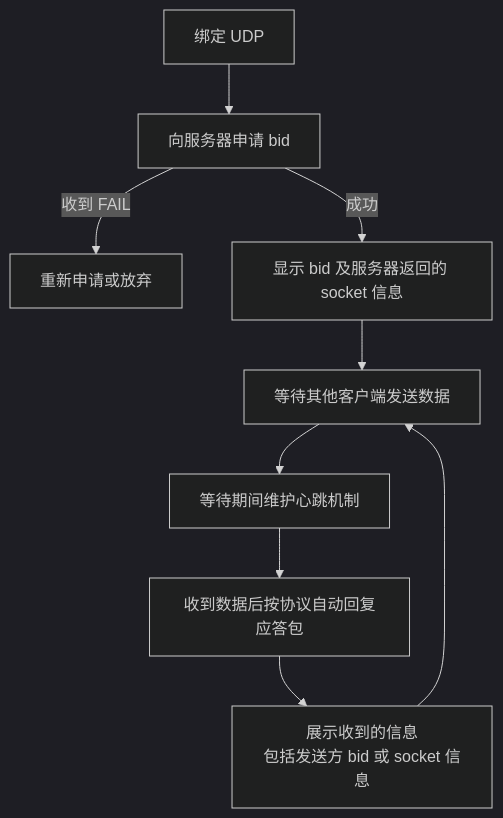
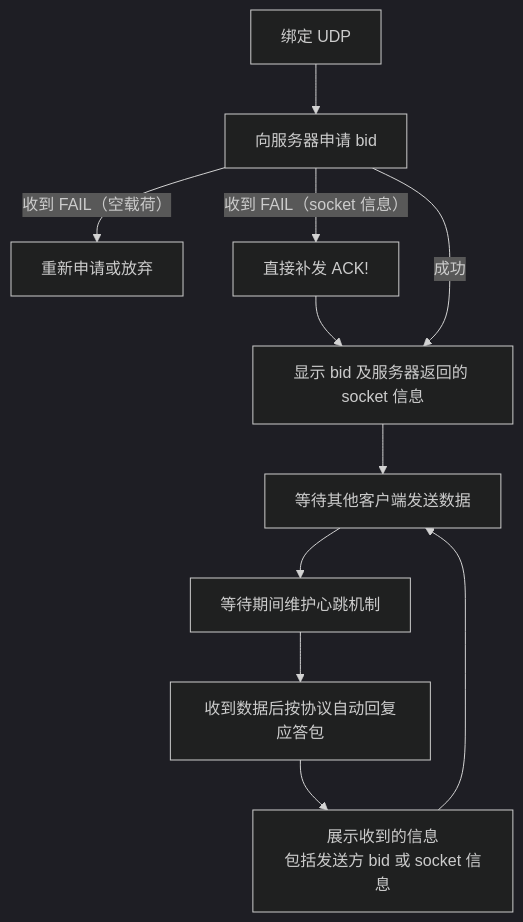
One commit to moky/magpie changed the first of 2 diagrams in docs/client.md. Above: the diagram before and after it, drawn with Mermaid (dark theme). The commit also changed other lines of this file and 11 other files, not shown here.

````diff
--- a/docs/client.md
+++ b/docs/client.md
@@ -7,11 +7,13 @@
 ```mermaid
 flowchart TD
     A1[绑定 UDP] --> A2[向服务器申请 bid]
-    A2 -- "收到 FAIL" --> A2R[重新申请或放弃]
+    A2 -- "收到 FAIL（空载荷）" --> A2R[重新申请或放弃]
+    A2 -- "收到 FAIL（socket 信息）" --> A2C[直接补发 ACK!]
+    A2C --> A3
     A2 -- "成功" --> A3[显示 bid 及服务器返回的 socket 信息]
     A3 --> A4[等待其他客户端发送数据]
     A4 --> A5[等待期间维护心跳机制]
     A5 --> A6[收到数据后按协议自动回复应答包]
     A6 --> A7[展示收到的信息<br/>包括发送方 bid 或 socket 信息]
     A7 --> A4
 ```
````
